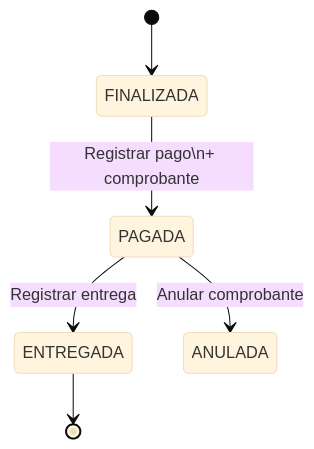
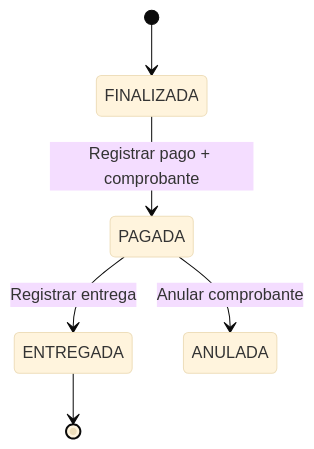
One commit to javier-valle/SistemaAutoGestion changed the second of 3 diagrams in README.md. Above: the diagram before and after it, drawn with Mermaid (base theme). The commit also changed other lines of this file, not shown here.

````diff
--- a/README.md
+++ b/README.md
@@ -298,8 +292,8 @@
 ```mermaid
 stateDiagram-v2
     [*] --> FINALIZADA
-    FINALIZADA --> PAGADA : Registrar pago\n+ comprobante
+    FINALIZADA --> PAGADA : Registrar pago + comprobante
     PAGADA --> ENTREGADA : Registrar entrega
     ENTREGADA --> [*]
     PAGADA --> ANULADA : Anular comprobante
 ```
````
